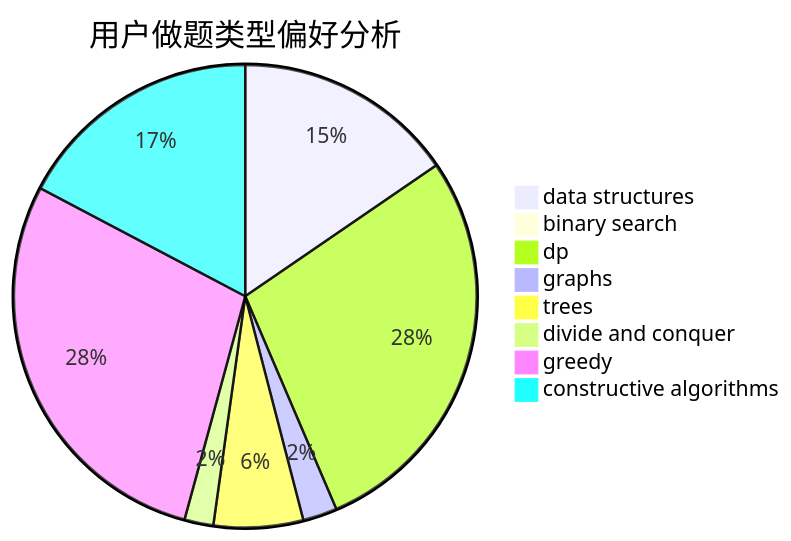
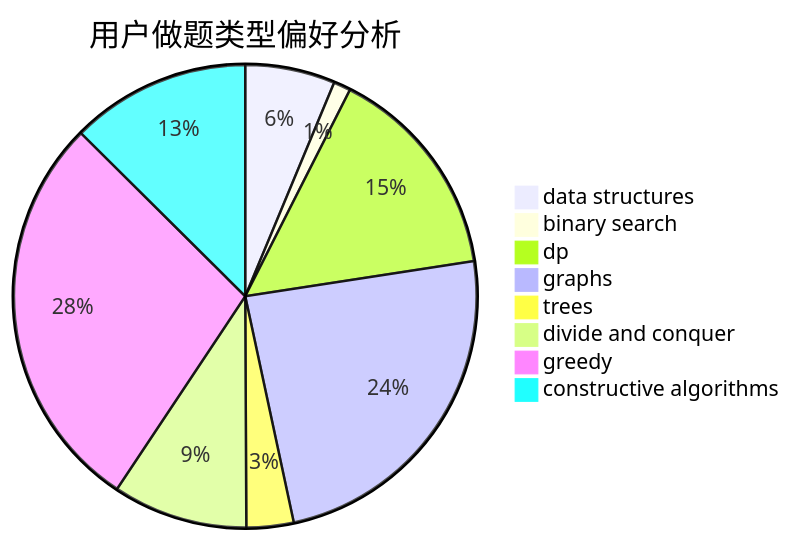
One commit to sherpahu/cfrs.github.io changed the second of 3 diagrams in docs/user/u1632.md. Above: the diagram before and after it, drawn with Mermaid. The commit also changed other lines of this file and 2770 other files, not shown here.

````diff
--- a/docs/user/u1632.md
+++ b/docs/user/u1632.md
@@ -23,11 +23,11 @@
 ```mermaid
 pie title 用户做题类型偏好分析
-    "data structures" :  84
-    "binary search" :  5
-    "dp" :  153
-    "graphs" :  13
-    "trees" :  34
-    "divide and conquer" :  11
-    "greedy" :  155
-    "constructive algorithms" :  94
+    "data structures" :  42
+    "binary search" :  8
+    "dp" :  101
+    "graphs" :  161
+    "trees" :  22
+    "divide and conquer" :  63
+    "greedy" :  188
+    "constructive algorithms" :  84
 ```
````
